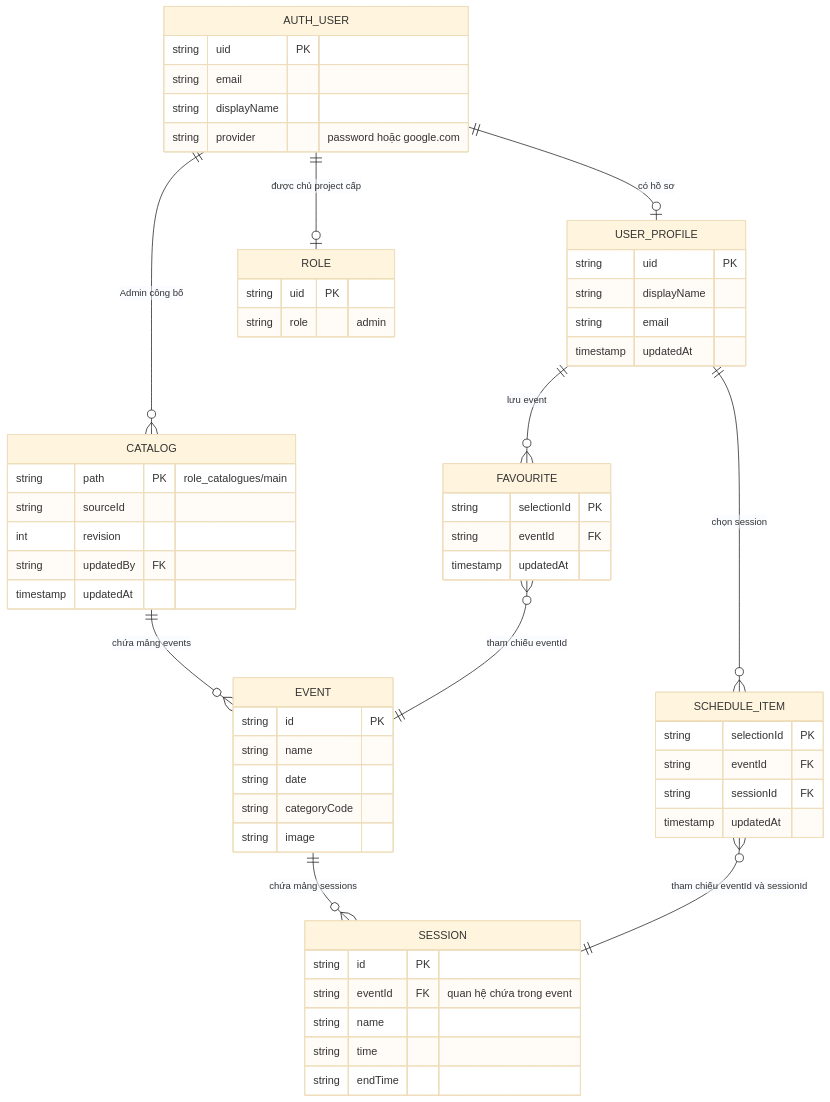
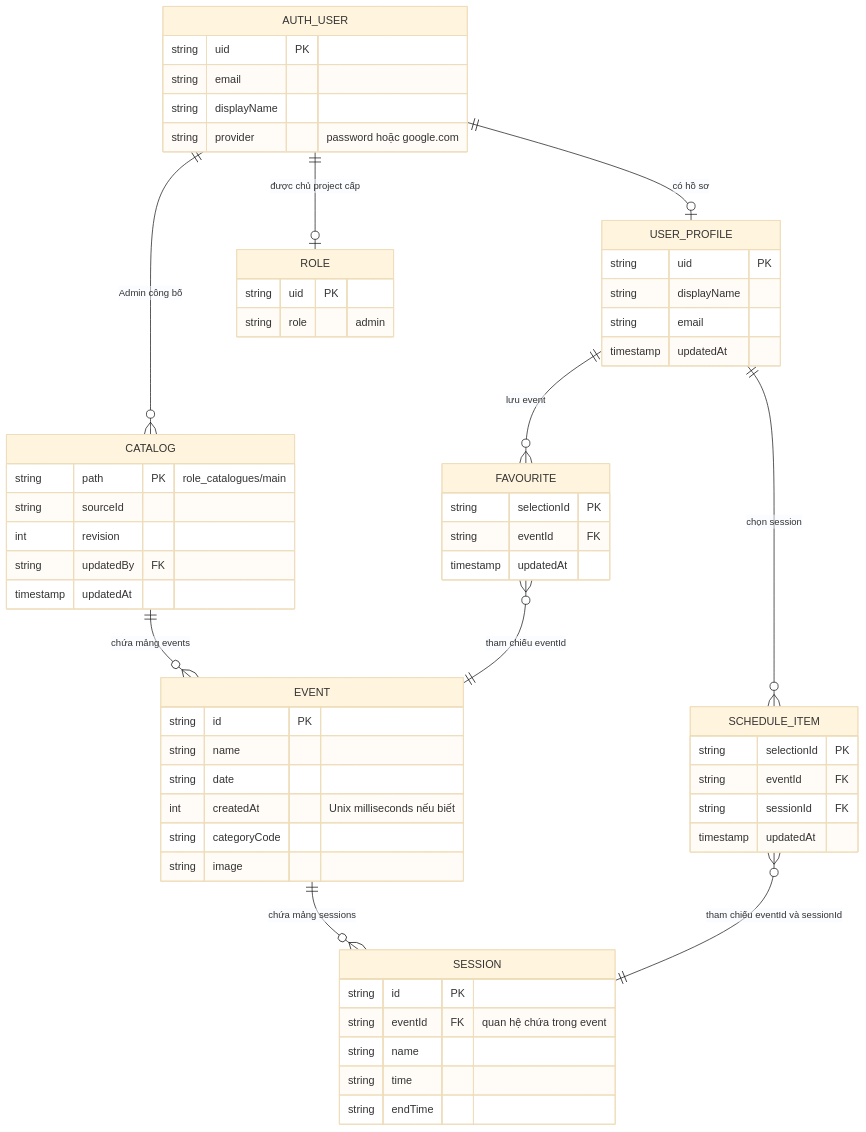
Before and after one commit to truongforworkff/Logbook-comp_1786: the diagram in cloud/firebase/DATABASE_DIAGRAM.md, drawn with Mermaid (base theme). The commit also changed 17 other files, not shown here.

````diff
--- a/cloud/firebase/DATABASE_DIAGRAM.md
+++ b/cloud/firebase/DATABASE_DIAGRAM.md
@@ -7,60 +7,61 @@
 ```mermaid
 erDiagram
     AUTH_USER ||--o| USER_PROFILE : "có hồ sơ"
     AUTH_USER ||--o| ROLE : "được chủ project cấp"
     USER_PROFILE ||--o{ FAVOURITE : "lưu event"
     USER_PROFILE ||--o{ SCHEDULE_ITEM : "chọn session"
     AUTH_USER ||--o{ CATALOG : "Admin công bố"
     CATALOG ||--o{ EVENT : "chứa mảng events"
     EVENT ||--o{ SESSION : "chứa mảng sessions"
     FAVOURITE }o--|| EVENT : "tham chiếu eventId"
     SCHEDULE_ITEM }o--|| SESSION : "tham chiếu eventId và sessionId"
     AUTH_USER {
         string uid PK
         string email
         string displayName
         string provider "password hoặc google.com"
     }
     USER_PROFILE {
         string uid PK
         string displayName
         string email
         timestamp updatedAt
     }
     ROLE {
         string uid PK
         string role "admin"
     }
     FAVOURITE {
         string selectionId PK
         string eventId FK
         timestamp updatedAt
     }
     SCHEDULE_ITEM {
         string selectionId PK
         string eventId FK
         string sessionId FK
         timestamp updatedAt
     }
     CATALOG {
         string path PK "role_catalogues/main"
         string sourceId
         int revision
         string updatedBy FK
         timestamp updatedAt
     }
     EVENT {
         string id PK
         string name
         string date
+        int createdAt "Unix milliseconds nếu biết"
         string categoryCode
         string image
     }
     SESSION {
         string id PK
         string eventId FK "quan hệ chứa trong event"
         string name
         string time
         string endTime
     }
 ```
````
